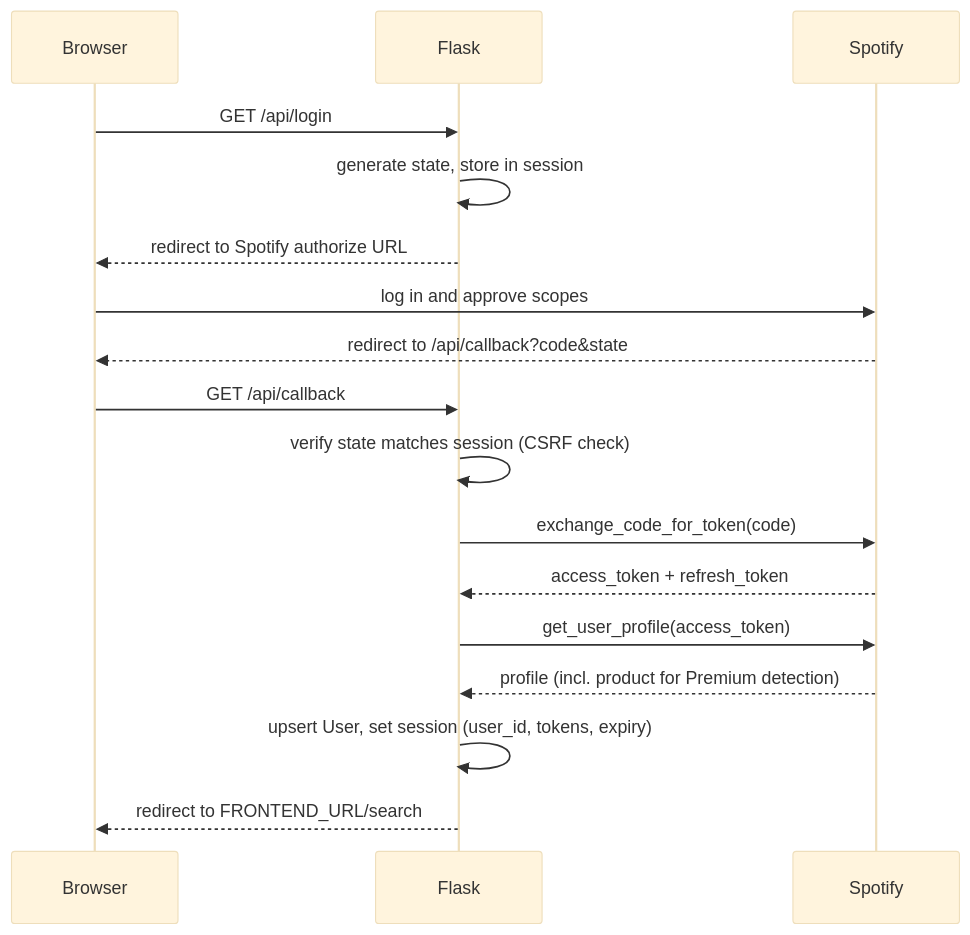
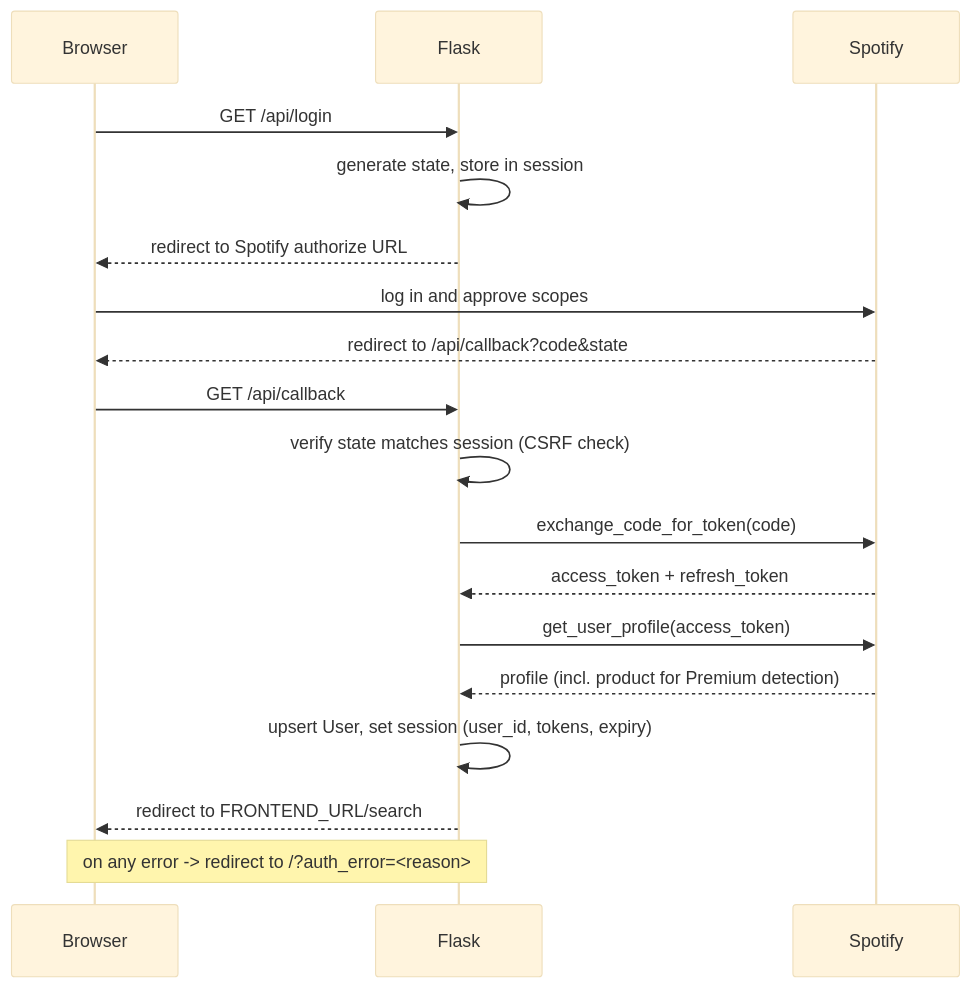
The second of 5 diagrams in docs/ARCHITECTURE.md (ishraqb/Linguify), drawn with Mermaid (base theme) before and after one commit. The commit also changed other lines of this file, not shown here.

First line of the commit message:
Update architecture doc to match current backend

````diff
--- a/docs/ARCHITECTURE.md
+++ b/docs/ARCHITECTURE.md
@@ -111,20 +162,21 @@
 ```mermaid
 sequenceDiagram
     participant User as Browser
     participant Flask
     participant Spotify
 
     User->>Flask: GET /api/login
     Flask->>Flask: generate state, store in session
     Flask-->>User: redirect to Spotify authorize URL
     User->>Spotify: log in and approve scopes
     Spotify-->>User: redirect to /api/callback?code&state
     User->>Flask: GET /api/callback
     Flask->>Flask: verify state matches session (CSRF check)
     Flask->>Spotify: exchange_code_for_token(code)
     Spotify-->>Flask: access_token + refresh_token
     Flask->>Spotify: get_user_profile(access_token)
     Spotify-->>Flask: profile (incl. product for Premium detection)
     Flask->>Flask: upsert User, set session (user_id, tokens, expiry)
     Flask-->>User: redirect to FRONTEND_URL/search
+    Note over Flask,User: on any error -> redirect to /?auth_error=<reason>
 ```
````
